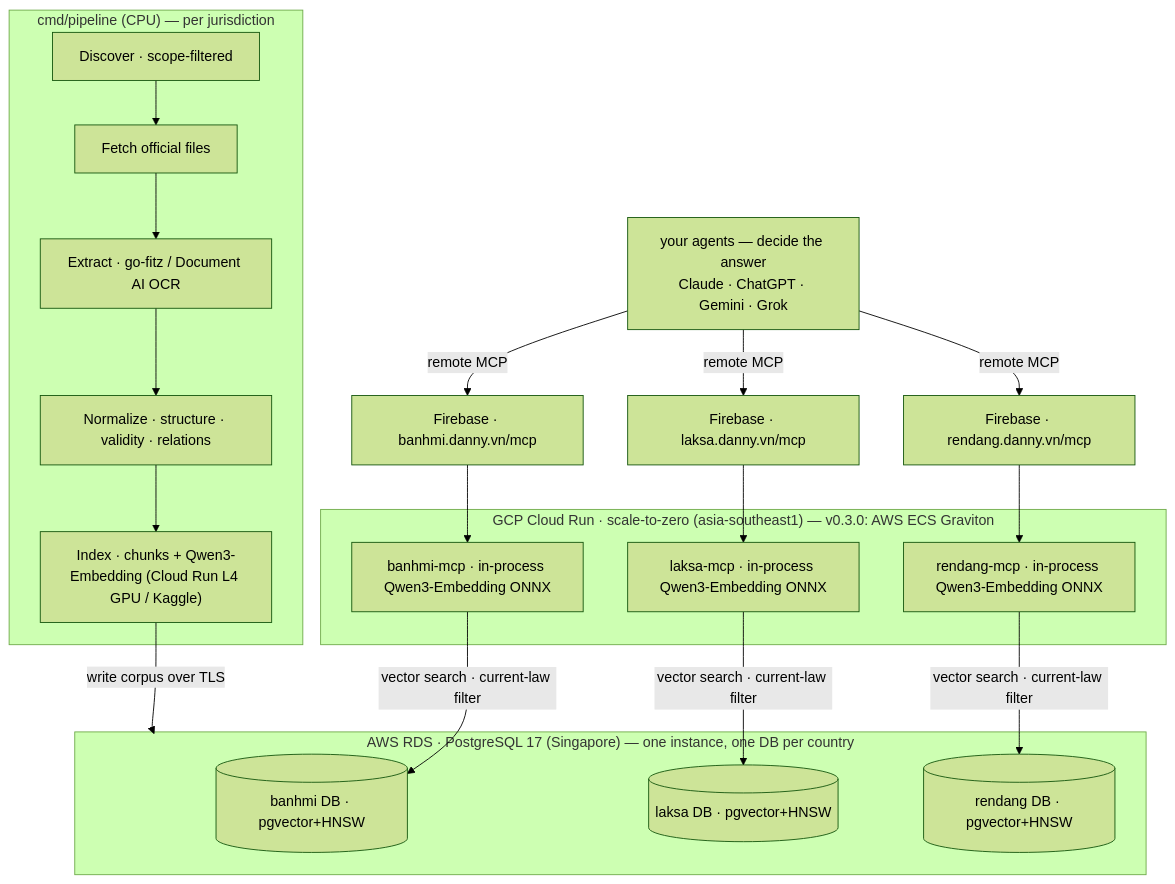
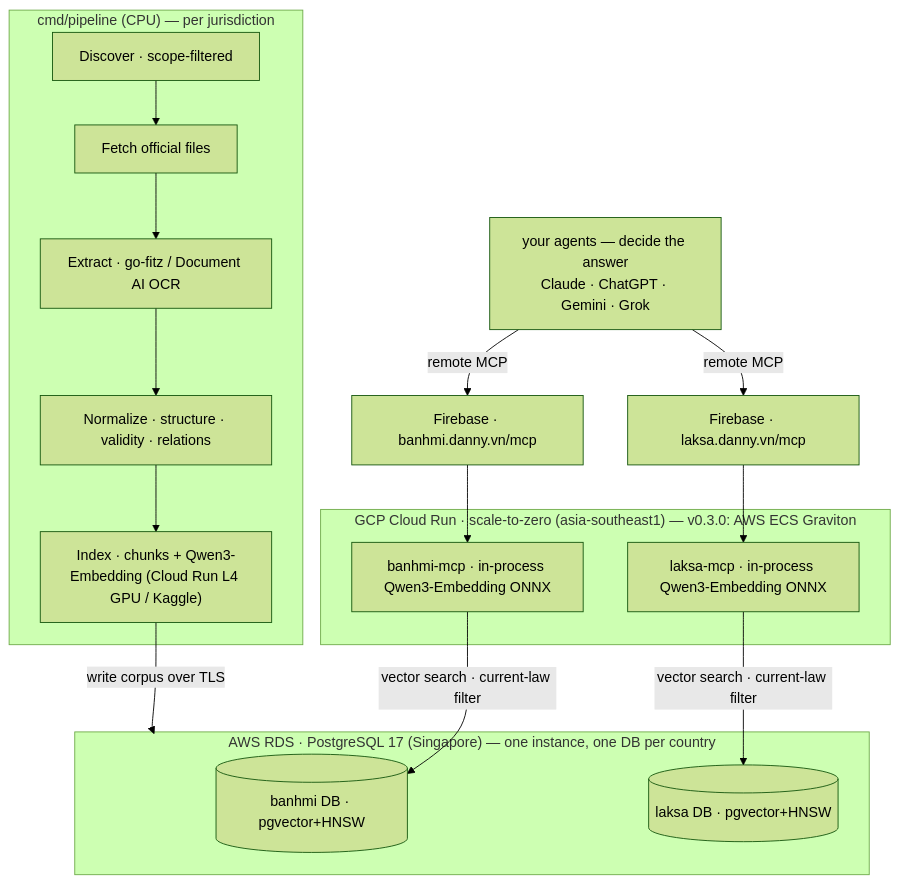
One commit to dannyota/banhmi changed the diagram in README.md. Above: the diagram before and after it, drawn with Mermaid (forest theme). The commit also changed other lines of this file and 7 other files, not shown here.

````diff
--- a/README.md
+++ b/README.md
@@ -95,30 +89,26 @@
 ```mermaid
 flowchart TB
   subgraph LOCAL["cmd/pipeline (CPU) — per jurisdiction"]
     DISC["Discover · scope-filtered"] --> DL["Fetch official files"]
     DL --> EXT["Extract · go-fitz / Document AI OCR"]
     EXT --> NORM["Normalize · structure · validity · relations"]
     NORM --> IDX["Index · chunks + Qwen3-Embedding (Cloud Run L4 GPU / Kaggle)"]
   end
 
   subgraph RDS["AWS RDS · PostgreSQL 17 (Singapore) — one instance, one DB per country"]
     PGVN[("banhmi DB · pgvector+HNSW")]
     PGMY[("laksa DB · pgvector+HNSW")]
-    PGID[("rendang DB · pgvector+HNSW")]
   end
 
   subgraph CR["GCP Cloud Run · scale-to-zero (asia-southeast1) — v0.3.0: AWS ECS Graviton"]
     MCPVN["banhmi-mcp · in-process Qwen3-Embedding ONNX"]
     MCPMY["laksa-mcp · in-process Qwen3-Embedding ONNX"]
-    MCPID["rendang-mcp · in-process Qwen3-Embedding ONNX"]
   end
 
   IDX -->|write corpus over TLS| RDS
   MCPVN -->|vector search · current-law filter| PGVN
   MCPMY -->|vector search · current-law filter| PGMY
-  MCPID -->|vector search · current-law filter| PGID
   FBVN["Firebase · banhmi.danny.vn/mcp"] --> MCPVN
   FBMY["Firebase · laksa.danny.vn/mcp"] --> MCPMY
-  FBID["Firebase · rendang.danny.vn/mcp"] --> MCPID
-  USERS["your agents — decide the answer<br/>Claude · ChatGPT · Gemini · Grok"] -->|remote MCP| FBVN & FBMY & FBID
+  USERS["your agents — decide the answer<br/>Claude · ChatGPT · Gemini · Grok"] -->|remote MCP| FBVN & FBMY
 ```
````
